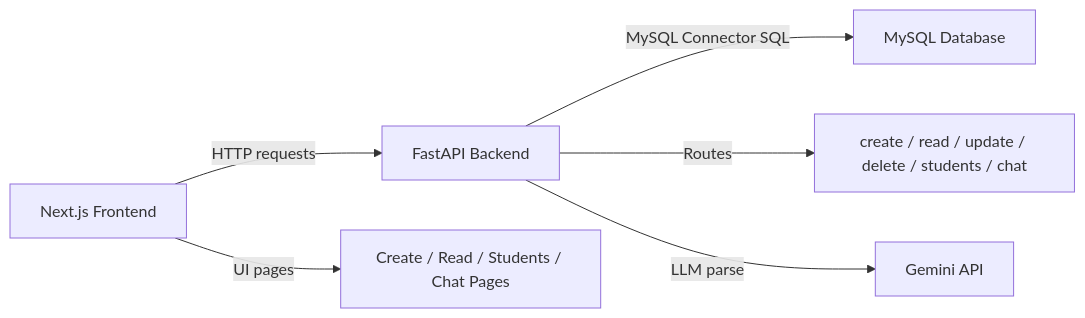
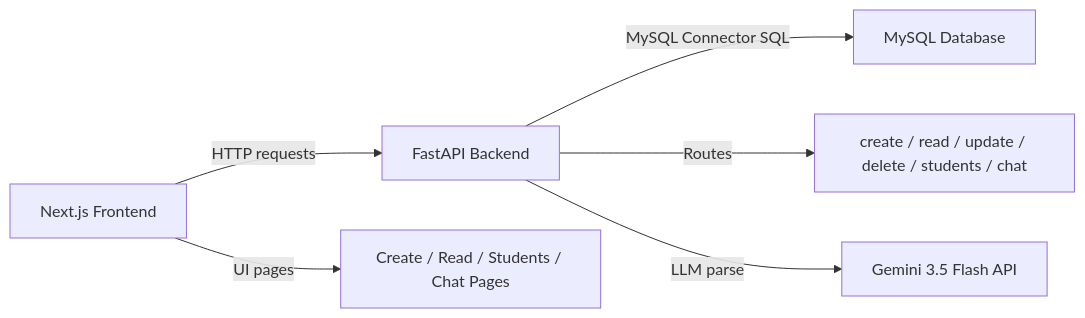
The first of 5 diagrams in README.md (Laksh-Shetty/School_Management), drawn with Mermaid before and after one commit. The commit also changed other lines of this file, not shown here.

First line of the commit message:
Update LLM parser model details in README

````diff
--- a/README.md
+++ b/README.md
@@ -39,8 +39,8 @@
 ```mermaid
 graph LR
   A[Next.js Frontend] -->|HTTP requests| B[FastAPI Backend]
   B -->|MySQL Connector SQL| C[MySQL Database]
   A -->|UI pages| D[Create / Read / Students / Chat Pages]
   B -->|Routes| E[create / read / update / delete / students / chat]
-  B -->|LLM parse| F[Gemini API]
+  B -->|LLM parse| F[Gemini 3.5 Flash API]
 ```
````
